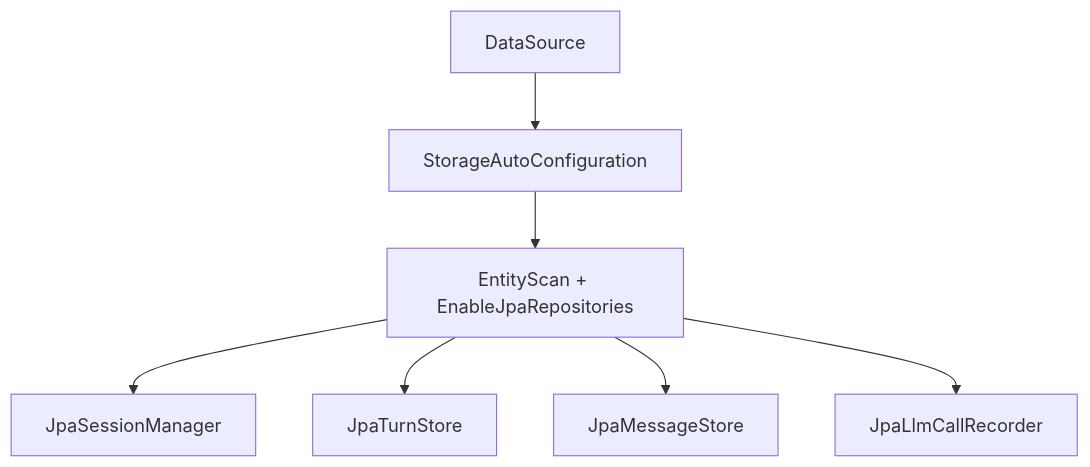
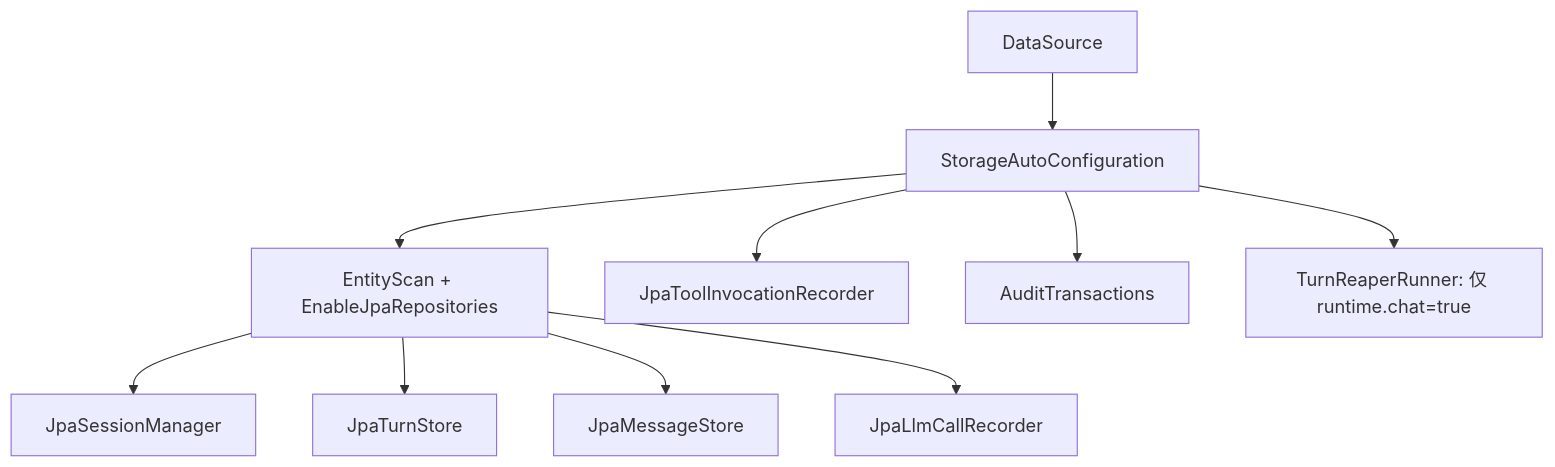
One commit to wangkaiqistart/agent-os changed the first of 2 diagrams in docs/code-reading/AgentOS-storage.md. Above: the diagram before and after it, drawn with Mermaid. The commit also changed other lines of this file and 9 other files, not shown here.

````diff
--- a/docs/code-reading/AgentOS-storage.md
+++ b/docs/code-reading/AgentOS-storage.md
@@ -9,9 +9,12 @@
 ```mermaid
 flowchart TD
     DS[DataSource] --> Auto[StorageAutoConfiguration]
     Auto --> Scan[EntityScan + EnableJpaRepositories]
     Scan --> Session[JpaSessionManager]
     Scan --> Turn[JpaTurnStore]
     Scan --> Message[JpaMessageStore]
     Scan --> Audit[JpaLlmCallRecorder]
+    Auto --> ToolAudit[JpaToolInvocationRecorder]
+    Auto --> Tx[AuditTransactions]
+    Auto --> Recovery[TurnReaperRunner: 仅 runtime.chat=true]
 ```
````
